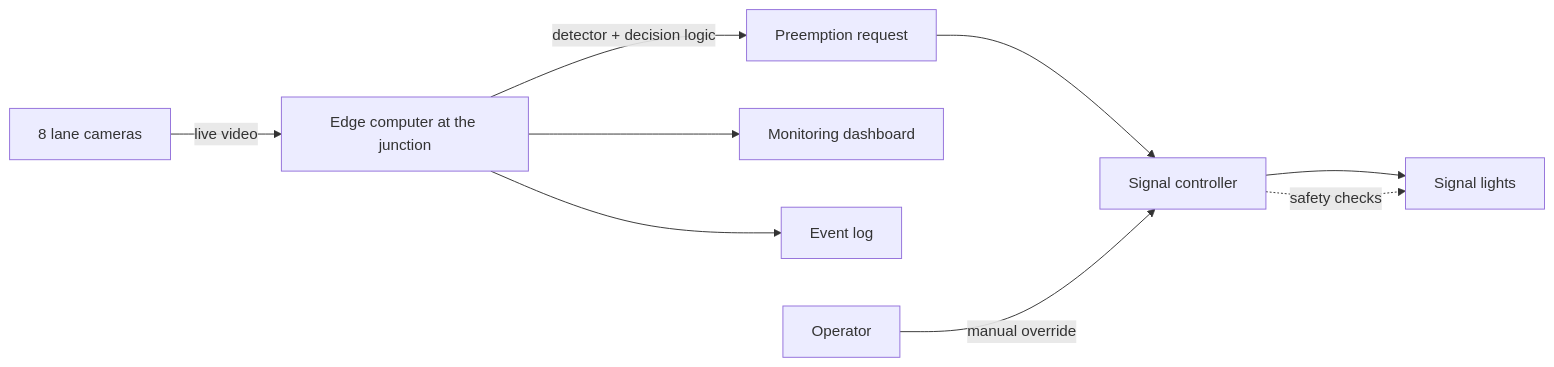
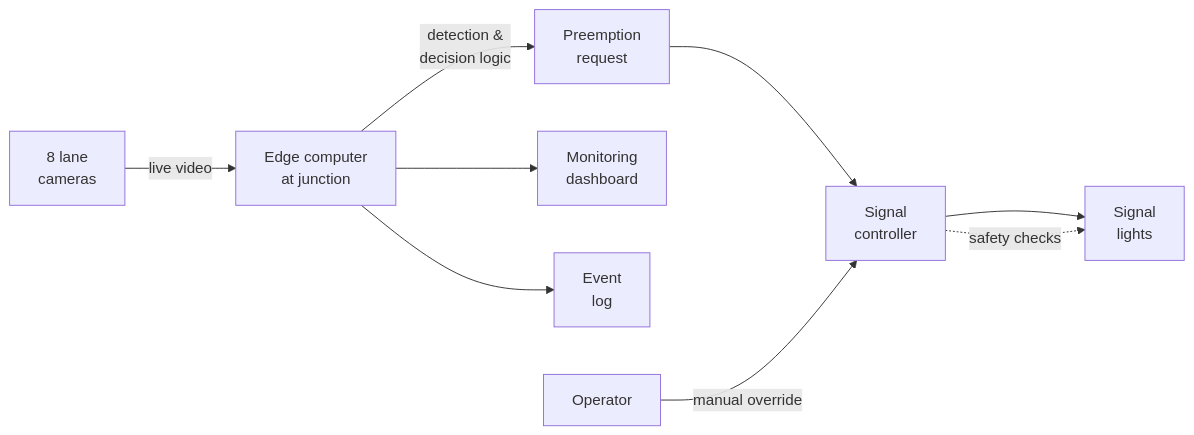
The third of 3 diagrams in README.md (ritamdeep/emergency-vehicle-ai-detection), drawn with Mermaid before and after one commit. The commit also changed other lines of this file, not shown here.

Commit message:
docs: format all Mermaid flowchart labels with line breaks for complete visibility

````diff
--- a/README.md
+++ b/README.md
@@ -350,11 +350,11 @@
 ```mermaid
 flowchart LR
-    C[8 lane cameras] -->|live video| E[Edge computer at the junction]
-    E -->|detector + decision logic| R[Preemption request]
-    R --> S[Signal controller]
-    S --> L[Signal lights]
-    S -. safety checks .-> L
-    E --> D[Monitoring dashboard]
-    E --> G[Event log]
-    O[Operator] -->|manual override| S
+    C["8 lane<br/>cameras"] -->|"live video"| E["Edge computer<br/>at junction"]
+    E -->|"detection &<br/>decision logic"| R["Preemption<br/>request"]
+    R --> S["Signal<br/>controller"]
+    S --> L["Signal<br/>lights"]
+    S -. "safety checks" .-> L
+    E --> D["Monitoring<br/>dashboard"]
+    E --> G["Event<br/>log"]
+    O["Operator"] -->|"manual override"| S
 ```
````
